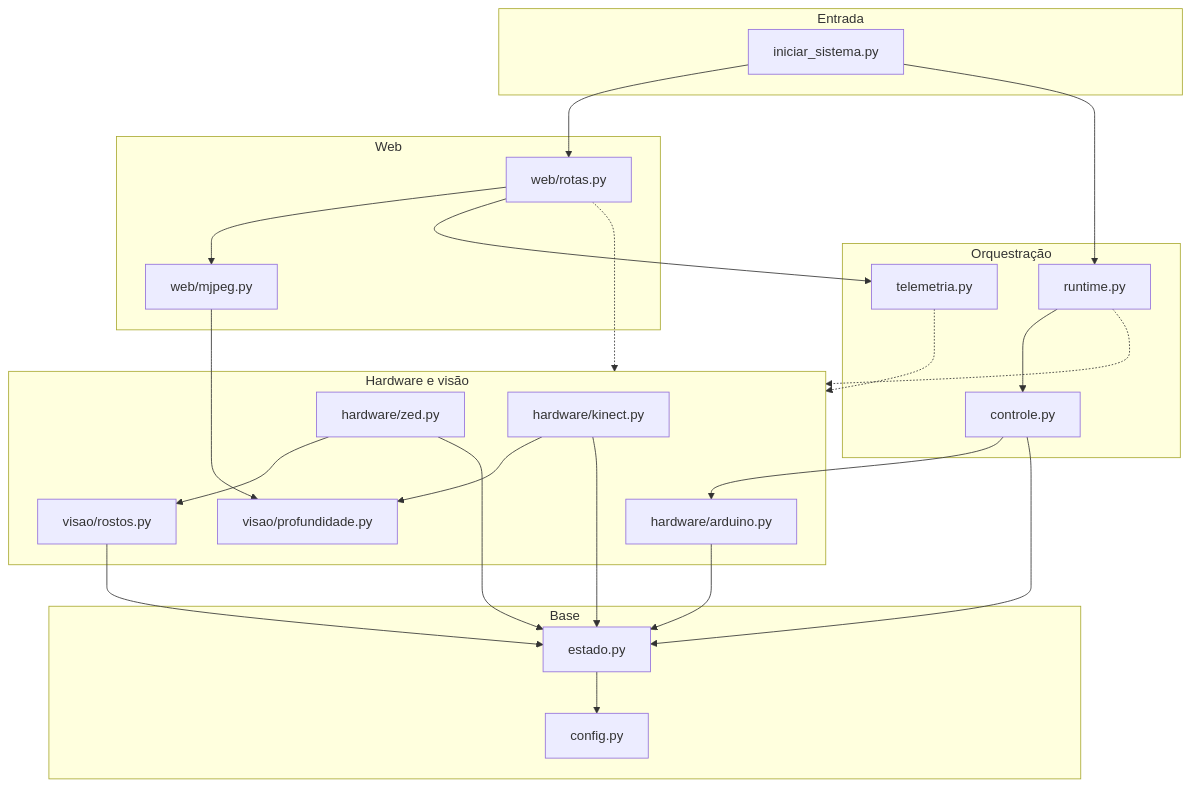
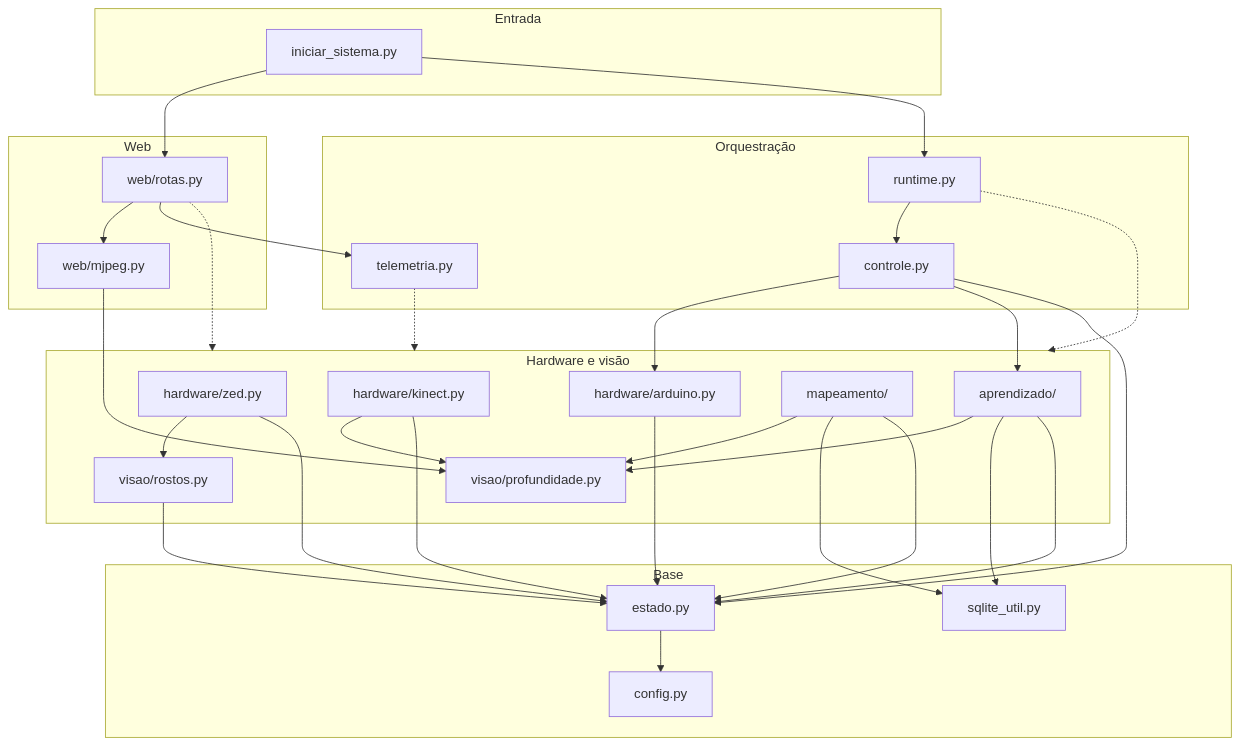
One commit to Kauan-V-Marques/AGV changed the third of 8 diagrams in README.md. Above: the diagram before and after it, drawn with Mermaid. The commit also changed other lines of this file and 9 other files, not shown here.

First line of the commit message:
docs: README e CHANGELOG do painel novo, do auto-aprendizado e do auto-mapeamento

````diff
--- a/README.md
+++ b/README.md
@@ -453,44 +517,54 @@
 ```mermaid
 flowchart TD
     subgraph c1["Entrada"]
         entrada["iniciar_sistema.py"]
     end
     subgraph c2["Web"]
         rotas["web/rotas.py"]
         mjpeg["web/mjpeg.py"]
     end
     subgraph c3["Orquestração"]
         runtime["runtime.py"]
         telemetria["telemetria.py"]
         controle["controle.py"]
     end
     subgraph c4["Hardware e visão"]
         kinect["hardware/kinect.py"]
         zed["hardware/zed.py"]
         arduino["hardware/arduino.py"]
         rostos["visao/rostos.py"]
         profundidade["visao/profundidade.py"]
+        aprendizado["aprendizado/"]
+        mapeamento["mapeamento/"]
     end
     subgraph c5["Base"]
         estado["estado.py"]
         config["config.py"]
+        sqlite["sqlite_util.py"]
     end
     entrada --> rotas
     entrada --> runtime
     rotas --> mjpeg
     rotas --> telemetria
     rotas -.-> c4
     runtime --> controle
     runtime -.-> c4
     telemetria -.-> c4
     controle --> arduino
+    controle --> aprendizado
+    aprendizado --> profundidade
+    mapeamento --> profundidade
+    aprendizado --> sqlite
+    mapeamento --> sqlite
+    aprendizado --> estado
+    mapeamento --> estado
     zed --> rostos
     kinect --> profundidade
     mjpeg --> profundidade
     kinect --> estado
     zed --> estado
     arduino --> estado
     rostos --> estado
     controle --> estado
     estado --> config
 ```
````
